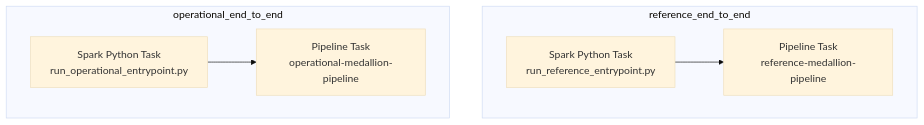
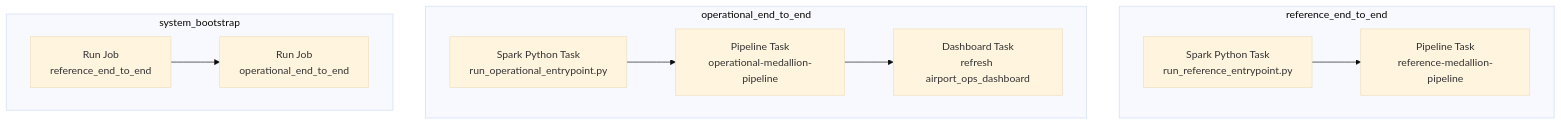
One commit to janomutschler/data-intelligence changed the first of 2 diagrams in docs/PIPELINE.md. Above: the diagram before and after it, drawn with Mermaid (base theme). The commit also changed other lines of this file and 4 other files, not shown here.

````diff
--- a/docs/PIPELINE.md
+++ b/docs/PIPELINE.md
@@ -24,10 +26,15 @@
 ```mermaid
 flowchart TD
   subgraph Reference_Job[reference_end_to_end]
     R1[Spark Python Task<br/>run_reference_entrypoint.py] --> R2[Pipeline Task<br/>reference-medallion-pipeline]
   end
 
   subgraph Operational_Job[operational_end_to_end]
     O1[Spark Python Task<br/>run_operational_entrypoint.py] --> O2[Pipeline Task<br/>operational-medallion-pipeline]
+    O2 --> O3[Dashboard Task<br/>refresh airport_ops_dashboard]
+  end
+
+  subgraph Bootstrap_Job[system_bootstrap]
+    B1[Run Job<br/>reference_end_to_end] --> B2[Run Job<br/>operational_end_to_end]
   end
 ```
````
